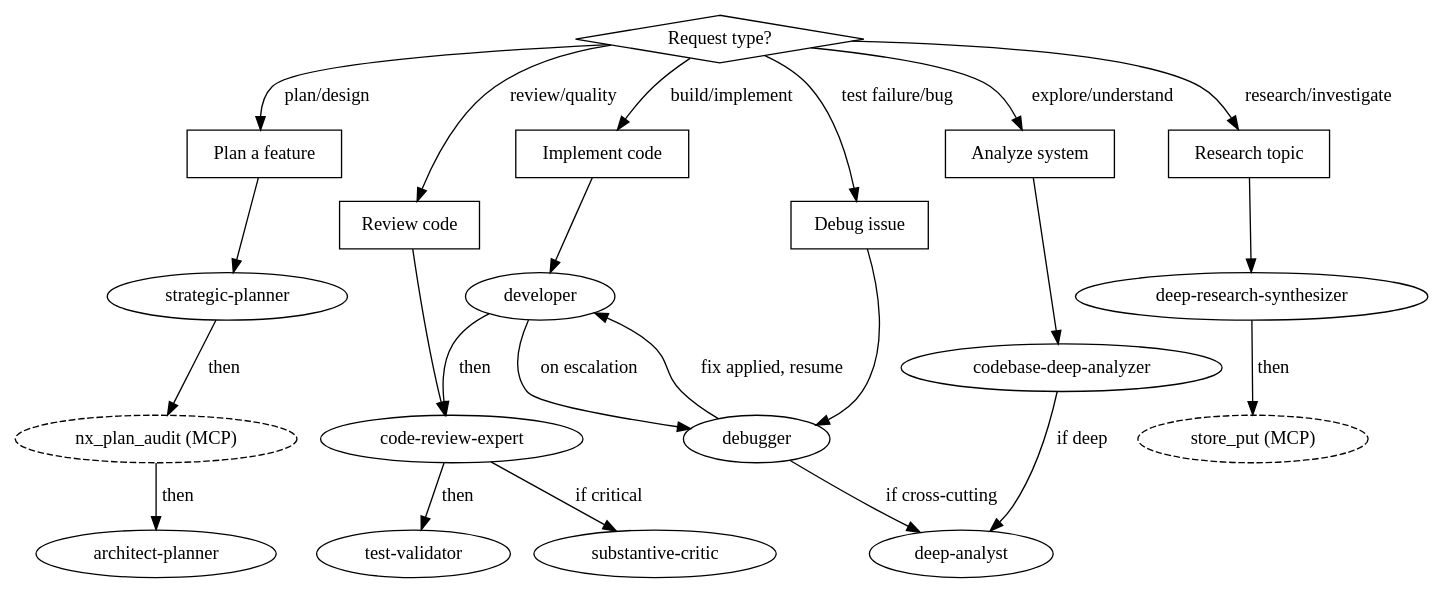
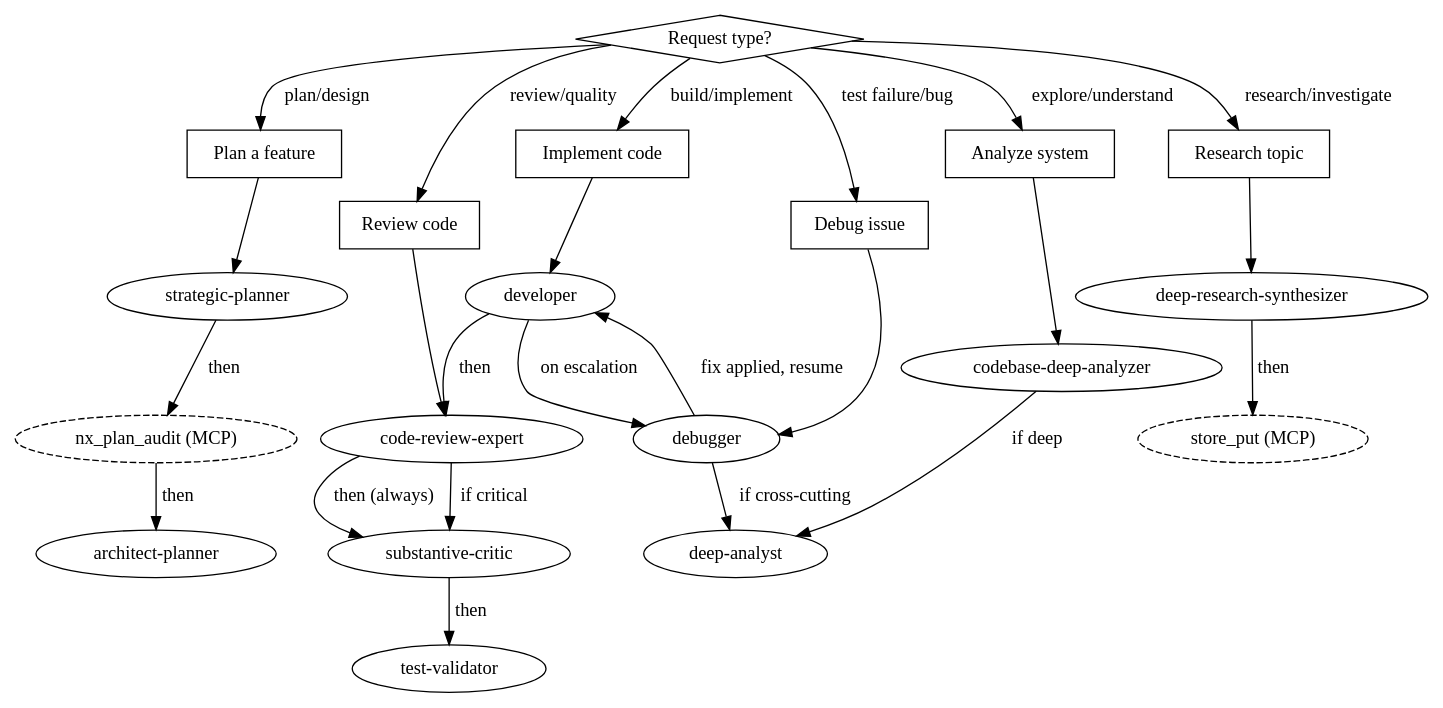
One commit to Hellblazer/nexus changed the diagram in conexus/skills/orchestration/reference.md. Above: the diagram before and after it, drawn with Graphviz. The commit also changed other lines of this file and 1 other file, not shown here.

First line of the commit message:
fix(agents): complete critic wiring in pipeline ref + planner gates

````diff
--- a/conexus/skills/orchestration/reference.md
+++ b/conexus/skills/orchestration/reference.md
@@ -7,55 +7,56 @@
 ```dot
 digraph routing {
     rankdir=TB;
     "Request type?" [shape=diamond];
 
     "Plan a feature" [shape=box];
     "Implement code" [shape=box];
     "Debug issue" [shape=box];
     "Review code" [shape=box];
     "Research topic" [shape=box];
     "Analyze system" [shape=box];
 
     "strategic-planner" [shape=ellipse];
     "nx_plan_audit (MCP)" [shape=ellipse, style=dashed];
     "architect-planner" [shape=ellipse];
     "developer" [shape=ellipse];
     "code-review-expert" [shape=ellipse];
     "test-validator" [shape=ellipse];
     "debugger" [shape=ellipse];
     "deep-analyst" [shape=ellipse];
     "substantive-critic" [shape=ellipse];
     "deep-research-synthesizer" [shape=ellipse];
     "store_put (MCP)" [shape=ellipse, style=dashed];
     "codebase-deep-analyzer" [shape=ellipse];
 
     "Request type?" -> "Plan a feature" [label="plan/design"];
     "Request type?" -> "Implement code" [label="build/implement"];
     "Request type?" -> "Debug issue" [label="test failure/bug"];
     "Request type?" -> "Review code" [label="review/quality"];
     "Request type?" -> "Research topic" [label="research/investigate"];
     "Request type?" -> "Analyze system" [label="explore/understand"];
 
     "Plan a feature" -> "strategic-planner";
     "strategic-planner" -> "nx_plan_audit (MCP)" [label="then"];
     "nx_plan_audit (MCP)" -> "architect-planner" [label="then"];
 
     "Implement code" -> "developer";
     "developer" -> "code-review-expert" [label="then"];
     "developer" -> "debugger" [label="on escalation"];
     "debugger" -> "developer" [label="fix applied, resume"];
-    "code-review-expert" -> "test-validator" [label="then"];
+    "code-review-expert" -> "substantive-critic" [label="then (always)"];
+    "substantive-critic" -> "test-validator" [label="then"];
 
     "Debug issue" -> "debugger";
     "debugger" -> "deep-analyst" [label="if cross-cutting"];
 
     "Review code" -> "code-review-expert";
     "code-review-expert" -> "substantive-critic" [label="if critical"];
 
     "Research topic" -> "deep-research-synthesizer";
     "deep-research-synthesizer" -> "store_put (MCP)" [label="then"];
 
     "Analyze system" -> "codebase-deep-analyzer";
     "codebase-deep-analyzer" -> "deep-analyst" [label="if deep"];
 }
 ```
````
